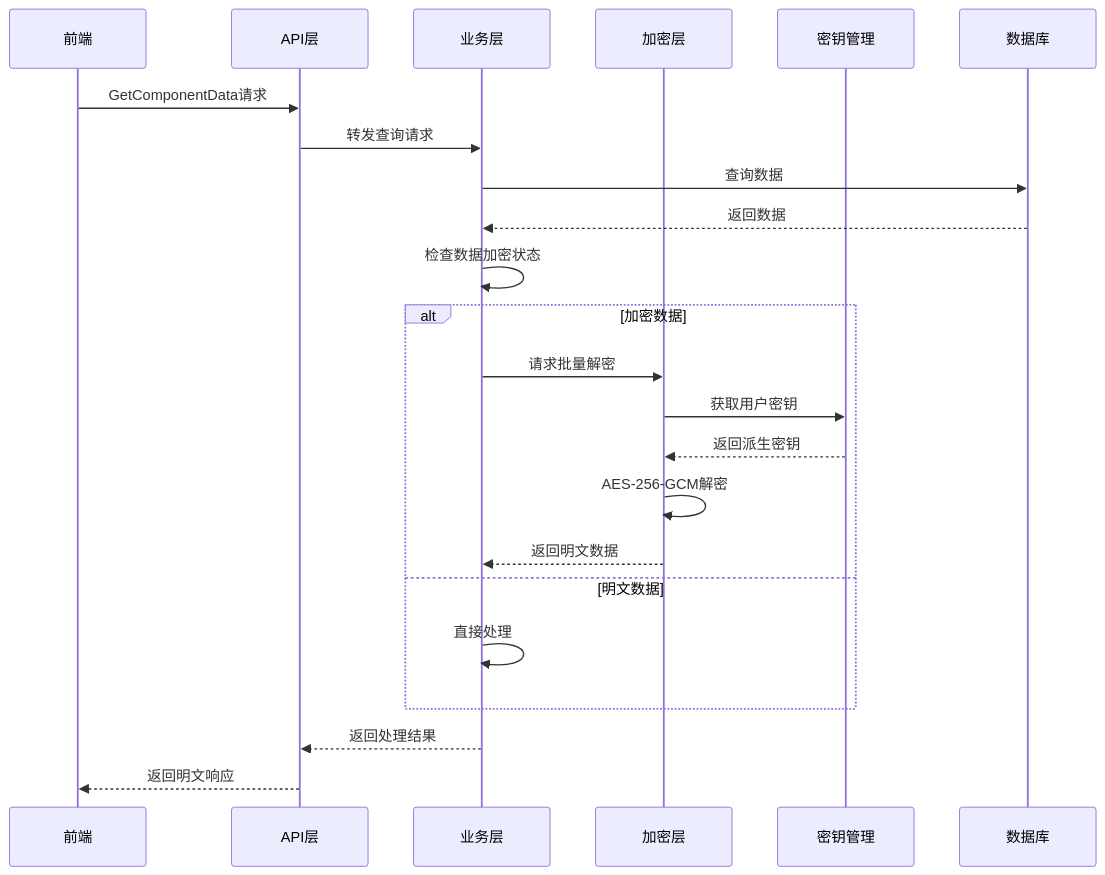
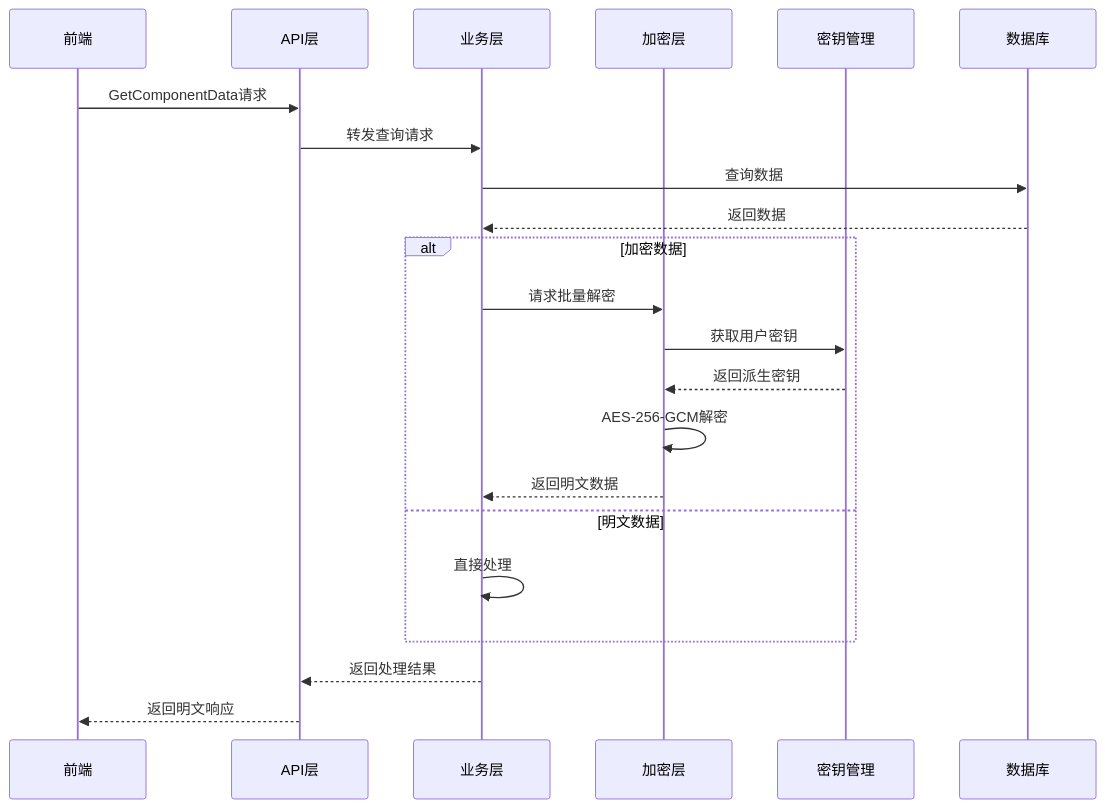
Before and after one commit to yingjianzh/iodraw-files: the diagram in all/未命名-1.md, drawn with Mermaid.

Commit message:
2025-09-01 16:05:51 update

````diff
--- a/all/未命名-1.md
+++ b/all/未命名-1.md
@@ -1,29 +1,27 @@
 ```mermaid
 sequenceDiagram
     participant F as 前端
     participant A as API层
     participant B as 业务层
     participant E as 加密层
     participant K as 密钥管理
     participant D as 数据库
     
     F->>A: GetComponentData请求
     A->>B: 转发查询请求
     B->>D: 查询数据
     D-->>B: 返回数据
-    
-    B->>B: 检查数据加密状态
-    
+        
     alt 加密数据
         B->>E: 请求批量解密
         E->>K: 获取用户密钥
         K-->>E: 返回派生密钥
         E->>E: AES-256-GCM解密
         E-->>B: 返回明文数据
     else 明文数据
         B->>B: 直接处理
     end
     
     B-->>A: 返回处理结果
     A-->>F: 返回明文响应
 ```
````
